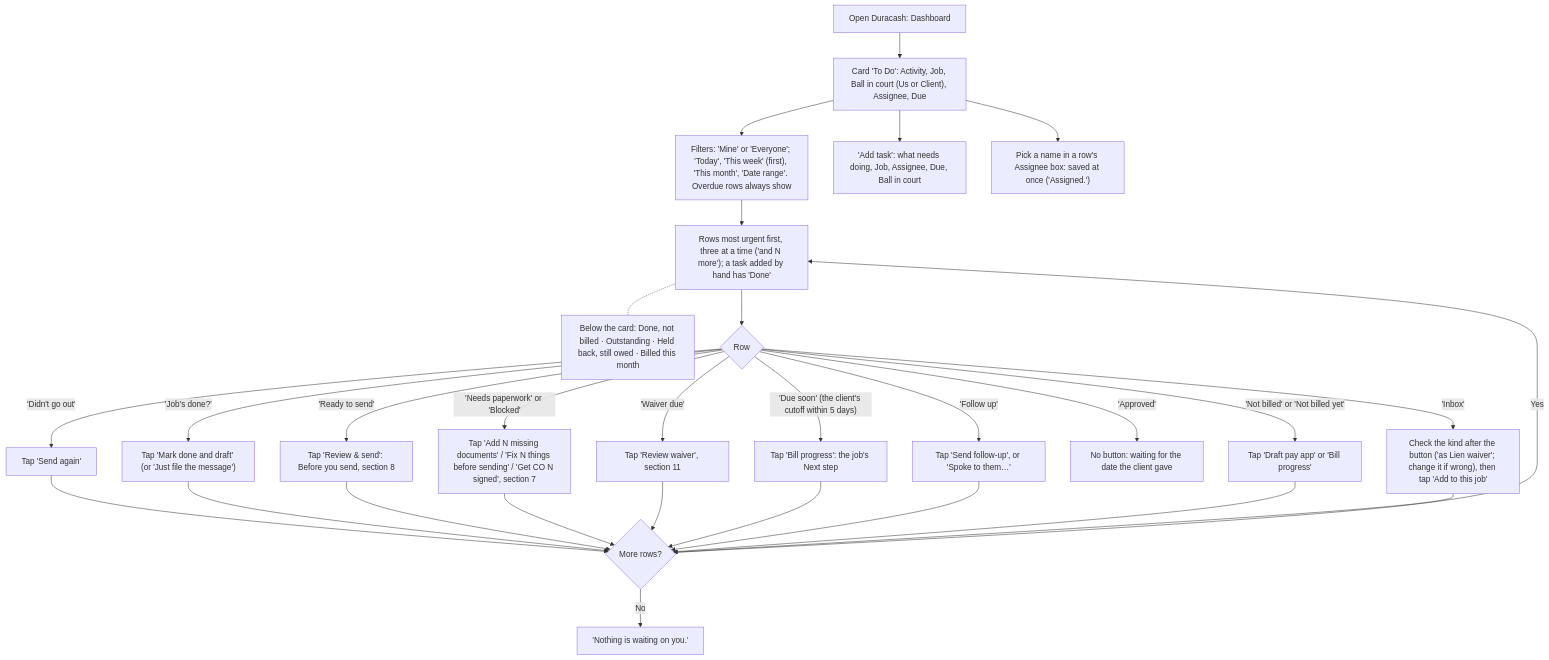
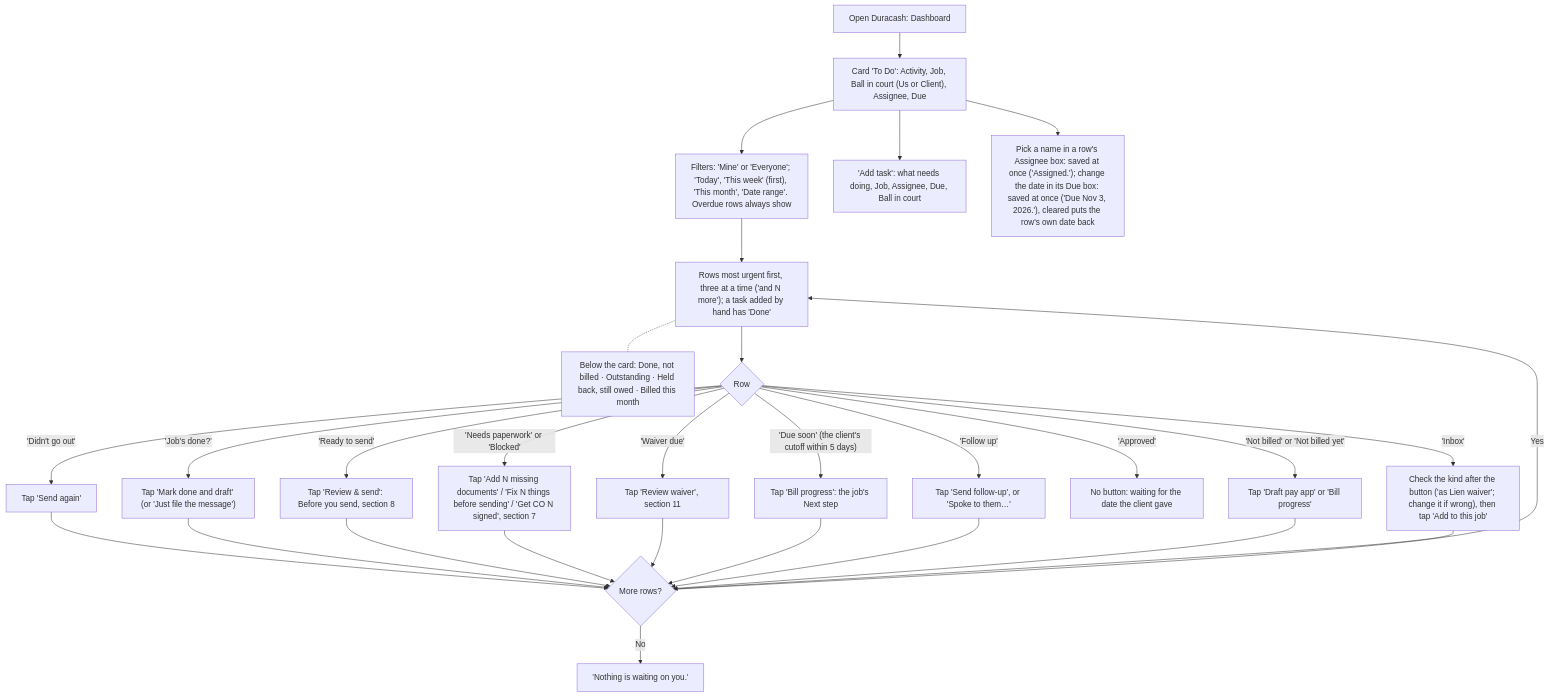
Before and after one commit to cartwrightstephen/billdable: diagram 14 of 16 in docs/client-flows.md, drawn with Mermaid. The commit also changed other lines of this file and 6 other files, not shown here.

Commit message:
To Do: a due date can be set by hand in each row, beside the assignee

````diff
--- a/docs/client-flows.md
+++ b/docs/client-flows.md
@@ -524,31 +524,31 @@
 ```mermaid
 flowchart TD
     A["Open Duracash: Dashboard"] --> T["Card 'To Do': Activity, Job, Ball in court (Us or Client), Assignee, Due"]
     T --> T1["Filters: 'Mine' or 'Everyone'; 'Today', 'This week' (first), 'This month', 'Date range'. Overdue rows always show"]
     T --> T2["'Add task': what needs doing, Job, Assignee, Due, Ball in court"]
-    T --> T3["Pick a name in a row's Assignee box: saved at once ('Assigned.')"]
+    T --> T3["Pick a name in a row's Assignee box: saved at once ('Assigned.'); change the date in its Due box: saved at once ('Due Nov 3, 2026.'), cleared puts the row's own date back"]
     T1 --> C["Rows most urgent first, three at a time ('and N more'); a task added by hand has 'Done'"]
     C -.- B["Below the card: Done, not billed · Outstanding · Held back, still owed · Billed this month"]
     C --> D{"Row"}
     D -->|"'Didn't go out'"| D1["Tap 'Send again'"]
     D -->|"'Job's done?'"| E["Tap 'Mark done and draft' (or 'Just file the message')"]
     D -->|"'Ready to send'"| F["Tap 'Review & send': Before you send, section 8"]
     D -->|"'Waiver due'"| H["Tap 'Review waiver', section 11"]
     D -->|"'Due soon' (the client's cutoff within 5 days)"| I["Tap 'Bill progress': the job's Next step"]
     D -->|"'Needs paperwork' or 'Blocked'"| G["Tap 'Add N missing documents' / 'Fix N things before sending' / 'Get CO N signed', section 7"]
     D -->|"'Follow up'"| J["Tap 'Send follow-up', or 'Spoke to them…'"]
     D -->|"'Approved'"| J2["No button: waiting for the date the client gave"]
     D -->|"'Not billed' or 'Not billed yet'"| K["Tap 'Draft pay app' or 'Bill progress'"]
     D -->|"'Inbox'"| L["Check the kind after the button ('as Lien waiver'; change it if wrong), then tap 'Add to this job'"]
     D1 --> M{"More rows?"}
     E --> M
     F --> M
     G --> M
     H --> M
     I --> M
     J --> M
     K --> M
     L --> M
     M -->|"Yes"| C
     M -->|"No"| N["'Nothing is waiting on you.'"]
 ```
````
